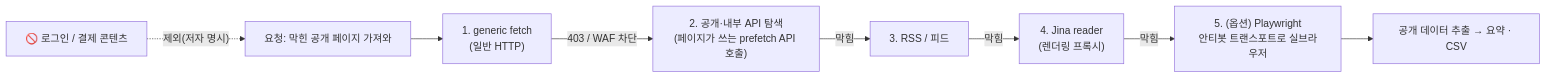
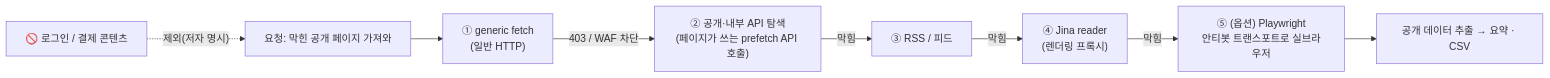
Before and after one commit to DBhyeong/DBhyeong.github.io: the diagram in content/reading/insane-search-gptaku-plugin.md, drawn with Mermaid. The commit also changed 9 other files, not shown here.

First line of the commit message:
blog: 어제자 3편 발행 + 옛글 mermaid 렌더깨짐 34건 일괄 수정

````diff
--- a/content/reading/insane-search-gptaku-plugin.md
+++ b/content/reading/insane-search-gptaku-plugin.md
@@ -17,10 +17,10 @@
 ```mermaid
 flowchart LR
-    A["요청: 막힌 공개 페이지 가져와"] --> B["1. generic fetch<br/>(일반 HTTP)"]
-    B -- 403 / WAF 차단 --> C["2. 공개·내부 API 탐색<br/>(페이지가 쓰는 prefetch API 호출)"]
-    C -- 막힘 --> D["3. RSS / 피드"]
-    D -- 막힘 --> E["4. Jina reader<br/>(렌더링 프록시)"]
-    E -- 막힘 --> F["5. (옵션) Playwright<br/>안티봇 트랜스포트로 실브라우저"]
+    A["요청: 막힌 공개 페이지 가져와"] --> B["① generic fetch<br/>(일반 HTTP)"]
+    B -- 403 / WAF 차단 --> C["② 공개·내부 API 탐색<br/>(페이지가 쓰는 prefetch API 호출)"]
+    C -- 막힘 --> D["③ RSS / 피드"]
+    D -- 막힘 --> E["④ Jina reader<br/>(렌더링 프록시)"]
+    E -- 막힘 --> F["⑤ (옵션) Playwright<br/>안티봇 트랜스포트로 실브라우저"]
     F --> G["공개 데이터 추출 → 요약 · CSV"]
     H["🚫 로그인 / 결제 콘텐츠"] -. 제외(저자 명시) .-> A
 ```
````
